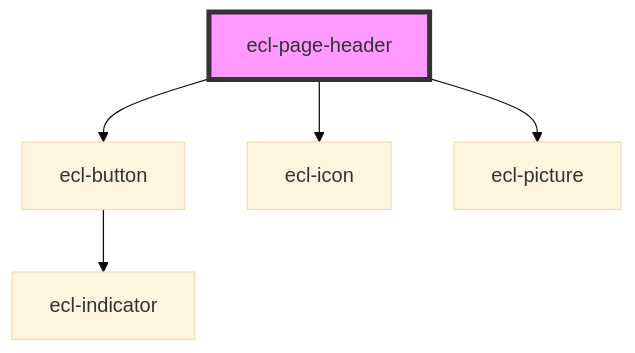
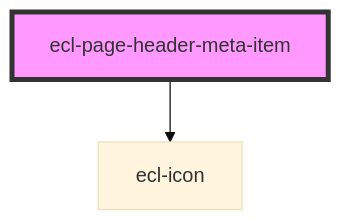
One commit to ec-europa/ecl-webcomponents changed the diagram in src/components/ecl-page-header/readme.md. Above: the diagram before and after it, drawn with Mermaid (base theme). The commit also changed other lines of this file and 10 other files, not shown here.

Commit message:
feat(alpha.22): Page header - FRONT-5182

````diff
--- a/src/components/ecl-page-header/readme.md
+++ b/src/components/ecl-page-header/readme.md
@@ -37,8 +24,5 @@
 ```mermaid
 graph TD;
-  ecl-page-header --> ecl-button
-  ecl-page-header --> ecl-icon
-  ecl-page-header --> ecl-picture
-  ecl-button --> ecl-indicator
-  style ecl-page-header fill:#f9f,stroke:#333,stroke-width:4px
+  ecl-page-header-meta-item --> ecl-icon
+  style ecl-page-header-meta-item fill:#f9f,stroke:#333,stroke-width:4px
 ```
````
